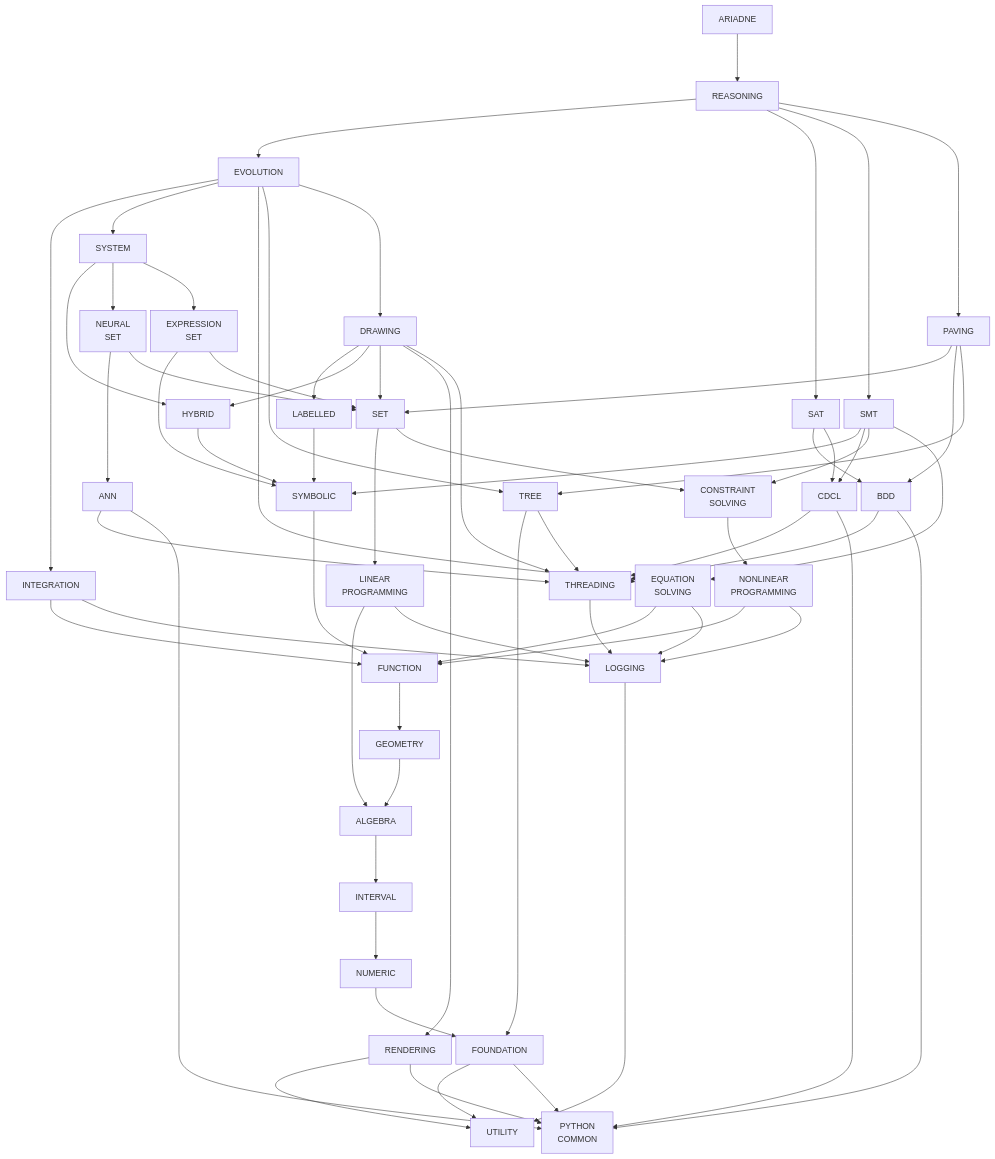
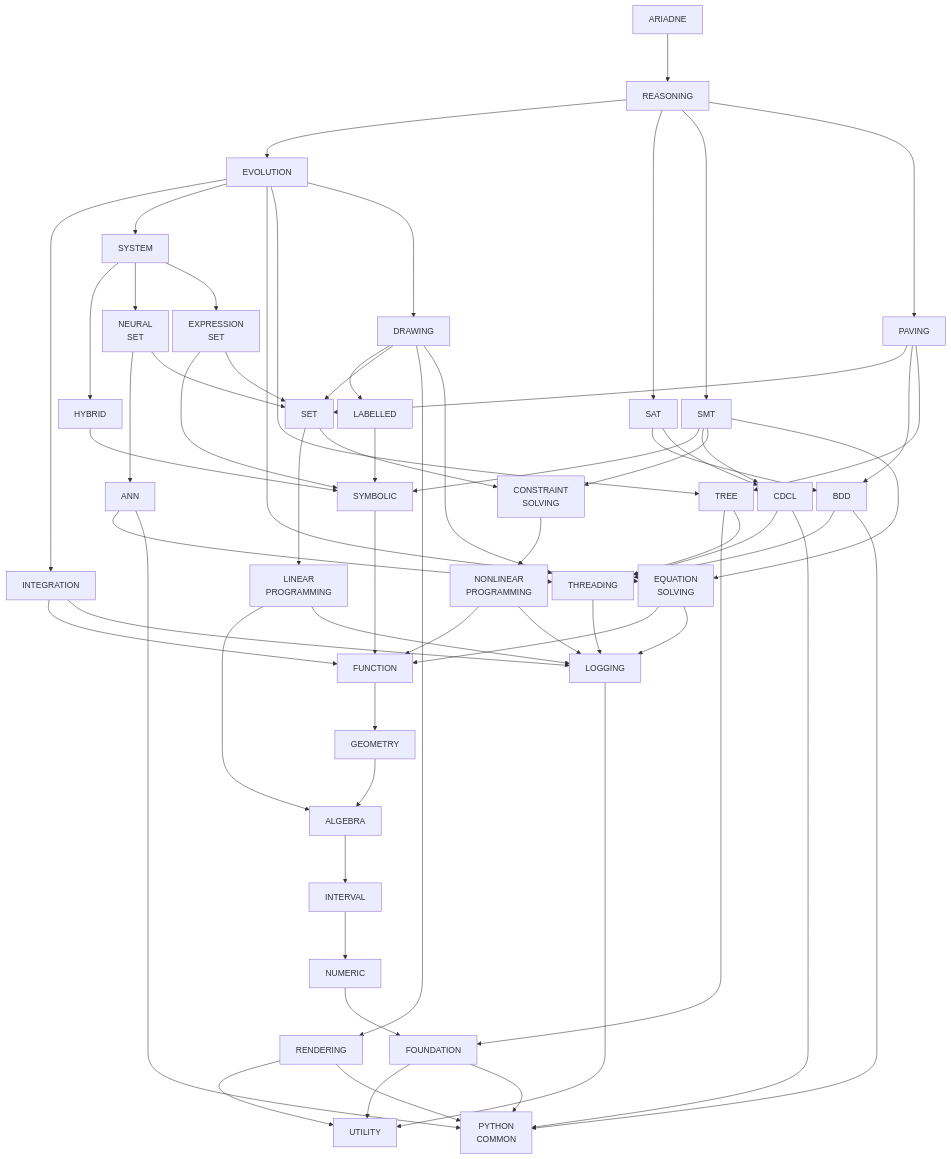
Before and after one commit to ariadne-cps/ariadne: the first of 2 diagrams in doc/structure.md, drawn with Mermaid. The commit also changed other lines of this file, not shown here.

Commit message:
Remove hybrid-to-drawing coupling from planned dependency graph

```diff
--- a/doc/structure.md
+++ b/doc/structure.md
@@ -73,7 +73,6 @@
     ann --> python_common
 
     drawing --> labelled
-    drawing --> hybrid
     drawing --> set
     drawing --> rendering
     drawing --> threading
```
